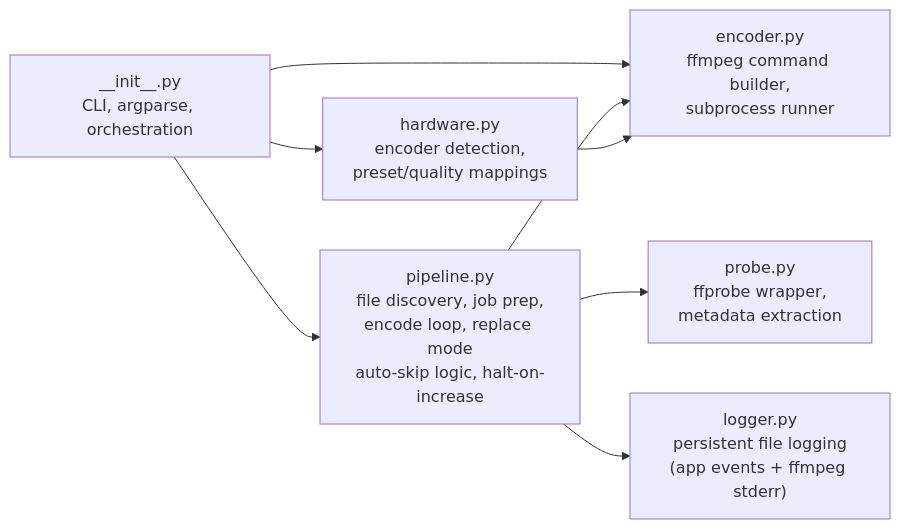
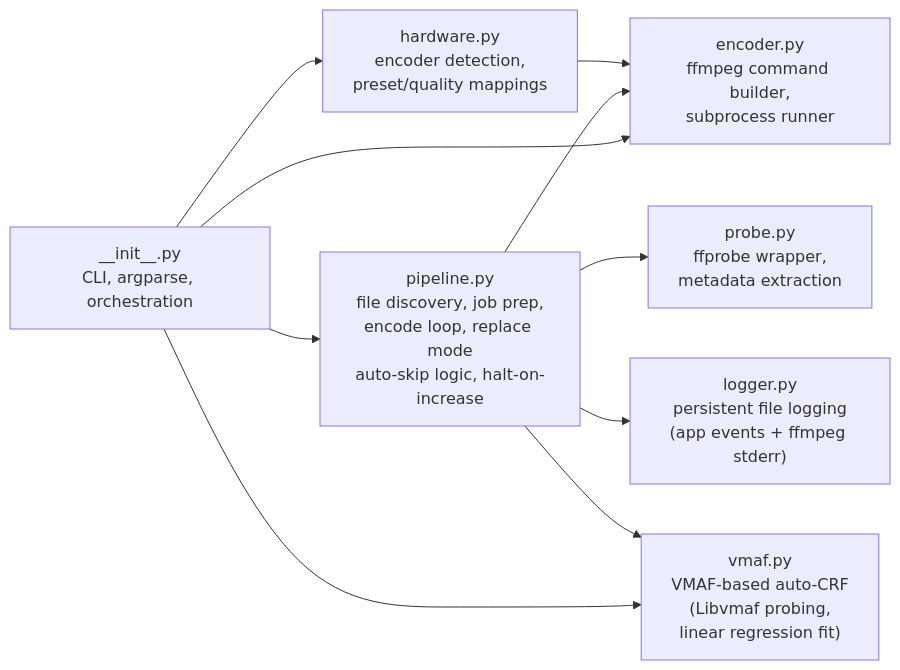
Before and after one commit to JoshPaulie/h265ify: the sixth of 7 diagrams in docs/ARCHITECTURE.md, drawn with Mermaid. The commit also changed other lines of this file and 3 other files, not shown here.

````diff
--- a/docs/ARCHITECTURE.md
+++ b/docs/ARCHITECTURE.md
@@ -173,29 +173,35 @@
 ```mermaid
 flowchart LR
     Init["__init__.py
 CLI, argparse, orchestration"]
     Encoder["encoder.py
 ffmpeg command builder,
 subprocess runner"]
     Hardware["hardware.py
 encoder detection,
 preset/quality mappings"]
     Logger["logger.py
 persistent file logging
 (app events + ffmpeg stderr)"]
     Pipeline["pipeline.py
 file discovery, job prep,
 encode loop, replace mode
 auto-skip logic, halt-on-increase"]
     Probe["probe.py
 ffprobe wrapper,
 metadata extraction"]
+    Vmaf["vmaf.py
+VMAF-based auto-CRF
+(Libvmaf probing,
+linear regression fit)"]
 
     Init --> Encoder
     Init --> Pipeline
     Init --> Hardware
+    Init --> Vmaf
     Pipeline --> Encoder
     Pipeline --> Probe
+    Pipeline --> Vmaf
     Pipeline --> Logger
     Hardware --> Encoder
 ```
````
